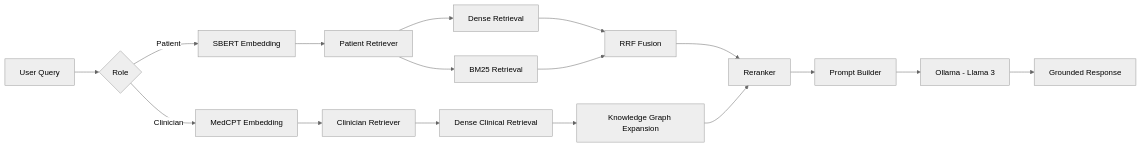
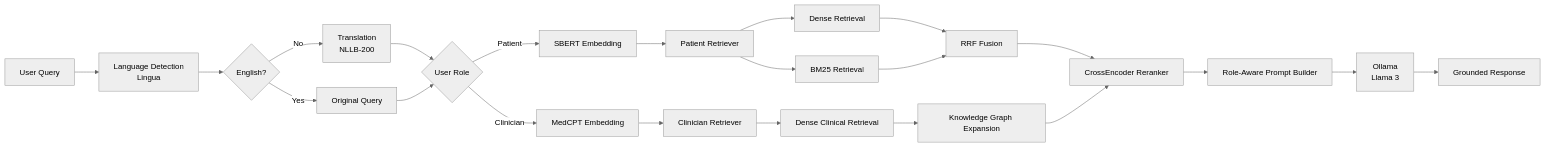
Before and after one commit to vaishnavikanu/MindBridge: the diagram in README.md, drawn with Mermaid (neutral theme). The commit also changed other lines of this file, not shown here.

````diff
--- a/README.md
+++ b/README.md
@@ -34,31 +62,40 @@
 ```mermaid
 flowchart LR
 
 A[User Query]
 
-A --> B{Role}
+A --> B[Language Detection<br/>Lingua]
 
-B -->|Patient| C[SBERT Embedding]
-B -->|Clinician| D[MedCPT Embedding]
+B --> C{English?}
 
-C --> E[Patient Retriever]
-D --> F[Clinician Retriever]
+C -->|No| D[Translation<br/>NLLB-200]
+C -->|Yes| E[Original Query]
 
-E --> G[Dense Retrieval]
-E --> H[BM25 Retrieval]
+D --> F{User Role}
+E --> F
 
-G --> I[RRF Fusion]
-H --> I
+F -->|Patient| G[SBERT Embedding]
+F -->|Clinician| H[MedCPT Embedding]
 
-F --> J[Dense Clinical Retrieval]
-J --> K[Knowledge Graph Expansion]
+G --> I[Patient Retriever]
+H --> J[Clinician Retriever]
 
-I --> L[Reranker]
-K --> L
+I --> K[Dense Retrieval]
+I --> L[BM25 Retrieval]
 
-L --> M[Prompt Builder]
+K --> M[RRF Fusion]
+L --> M
 
-M --> N[Ollama - Llama 3]
+J --> N[Dense Clinical Retrieval]
 
-N --> O[Grounded Response]
+N --> O[Knowledge Graph Expansion]
+
+M --> P[CrossEncoder Reranker]
+O --> P
+
+P --> Q[Role-Aware Prompt Builder]
+
+Q --> R[Ollama<br/>Llama 3]
+
+R --> S[Grounded Response]
 ```
````
